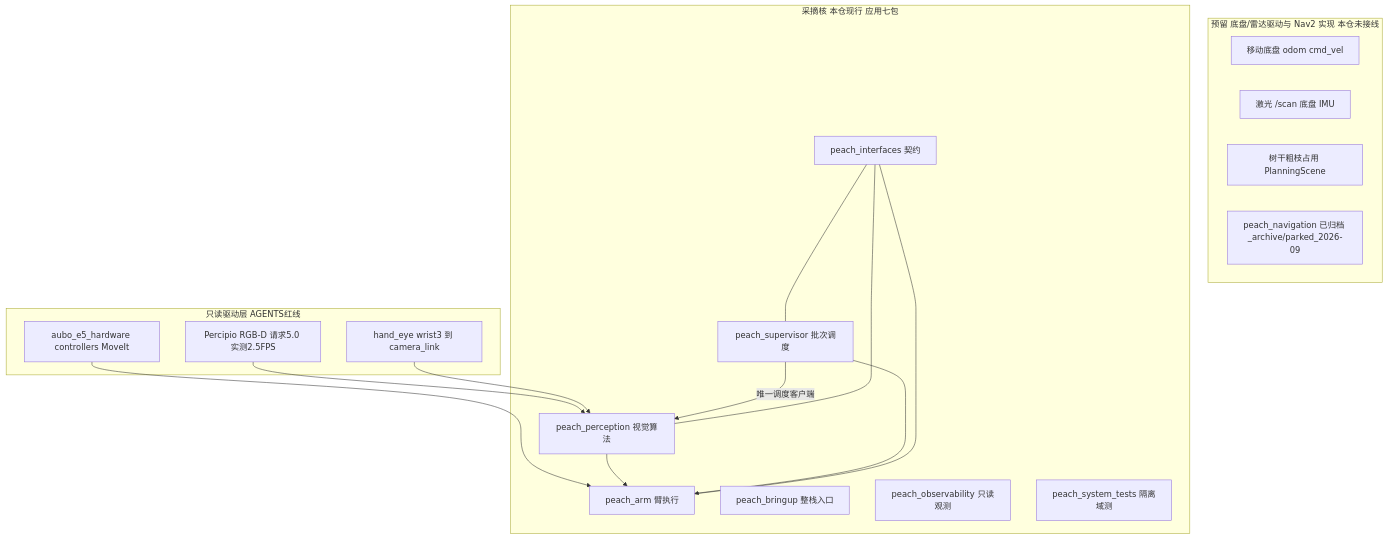
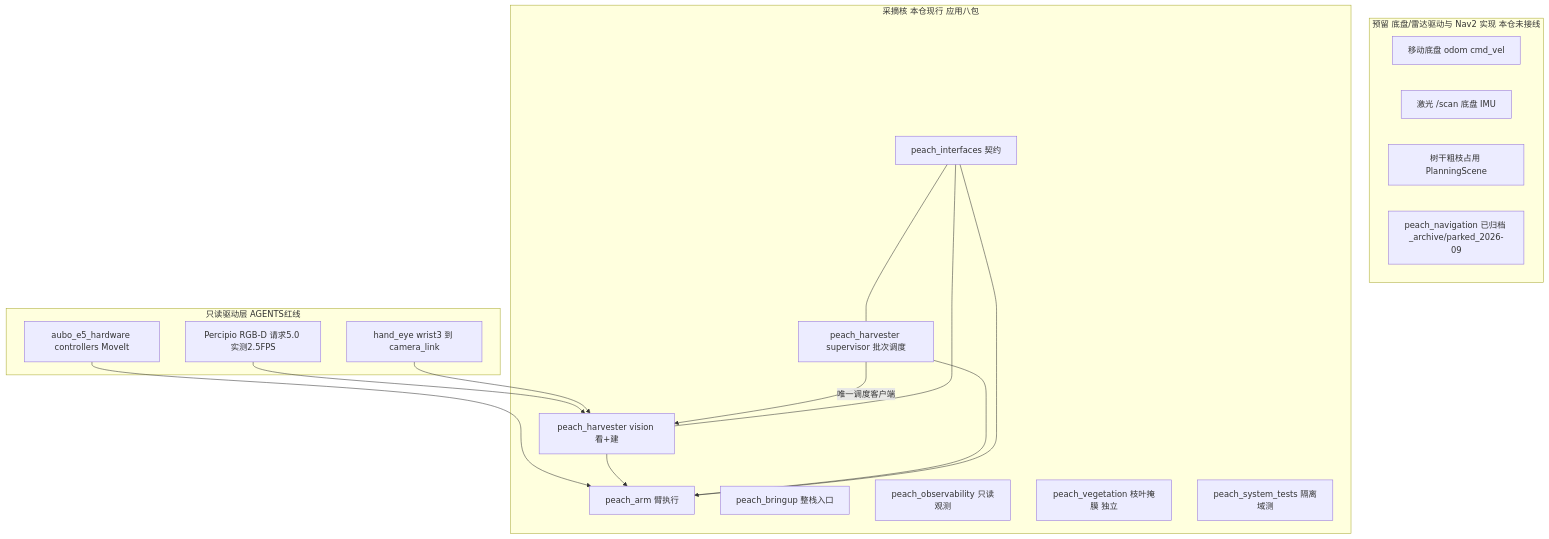
One commit to MUHAN11-c/aubo_boot changed the fourth of 15 diagrams in docs/architecture.md. Above: the diagram before and after it, drawn with Mermaid. The commit also changed other lines of this file and 291 other files, not shown here.

````diff
--- a/docs/architecture.md
+++ b/docs/architecture.md
@@ -174,32 +166,33 @@
 ```mermaid
 flowchart TB
   subgraph reserved ["预留 底盘/雷达驱动与 Nav2 实现 本仓未接线"]
     chassis["移动底盘 odom cmd_vel"]
     lidar["激光 /scan 底盘 IMU"]
     occ["树干粗枝占用 PlanningScene"]
     navpark["peach_navigation 已归档 _archive/parked_2026-09"]
   end
-  subgraph core ["采摘核 本仓现行 应用七包"]
+  subgraph core ["采摘核 本仓现行 应用八包"]
     iface["peach_interfaces 契约"]
-    perc["peach_perception 视觉算法"]
+    perc["peach_harvester vision 看+建"]
     skills["peach_arm 臂执行"]
-    exe["peach_supervisor 批次调度"]
+    exe["peach_harvester supervisor 批次调度"]
     bringup["peach_bringup 整栈入口"]
     obs["peach_observability 只读观测"]
+    veg["peach_vegetation 枝叶掩膜 独立"]
     systest["peach_system_tests 隔离域测"]
   end
   subgraph hw ["只读驱动层 AGENTS红线"]
     cam["Percipio RGB-D 请求5.0 实测2.5FPS"]
     arm["aubo_e5_hardware controllers MoveIt"]
     eye["hand_eye wrist3 到 camera_link"]
   end
   cam --> perc
   eye --> perc
   arm --> skills
   perc --> skills
   exe -->|"唯一调度客户端"| perc
   exe --> skills
   iface --- perc
   iface --- skills
   iface --- exe
 ```
````
